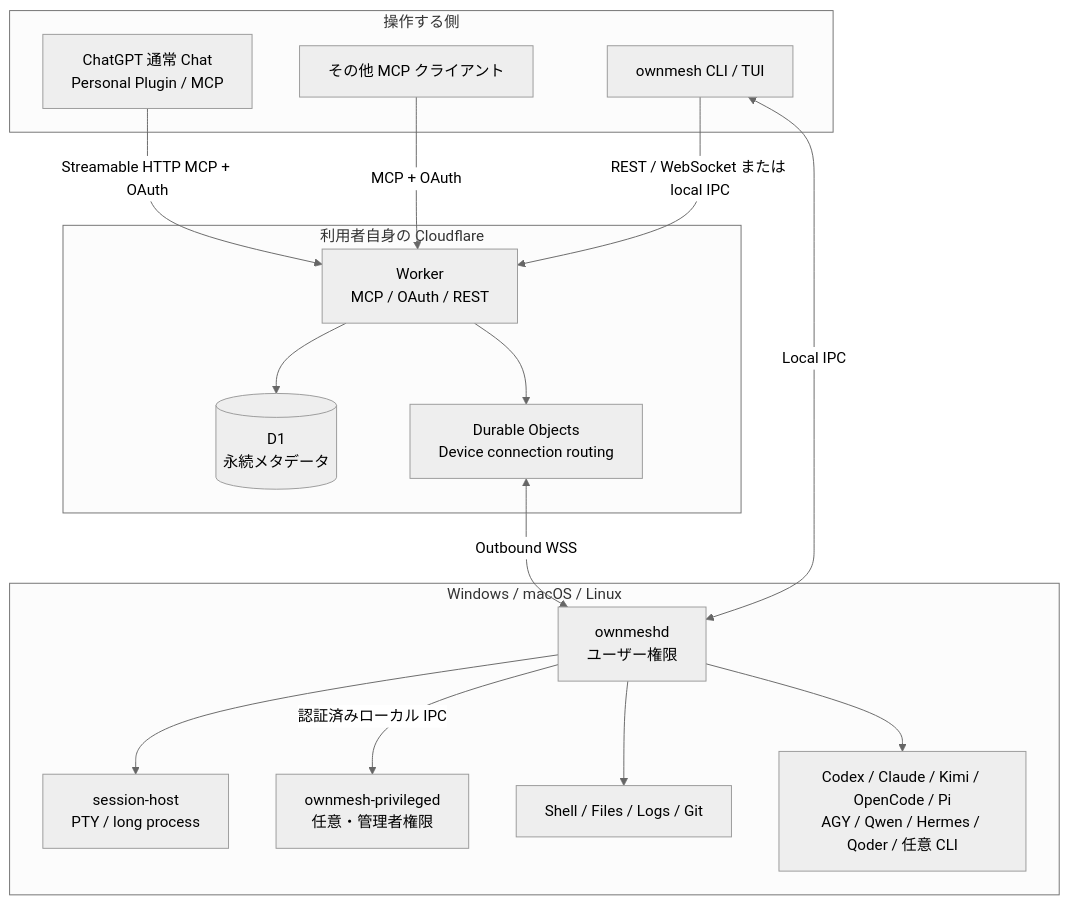
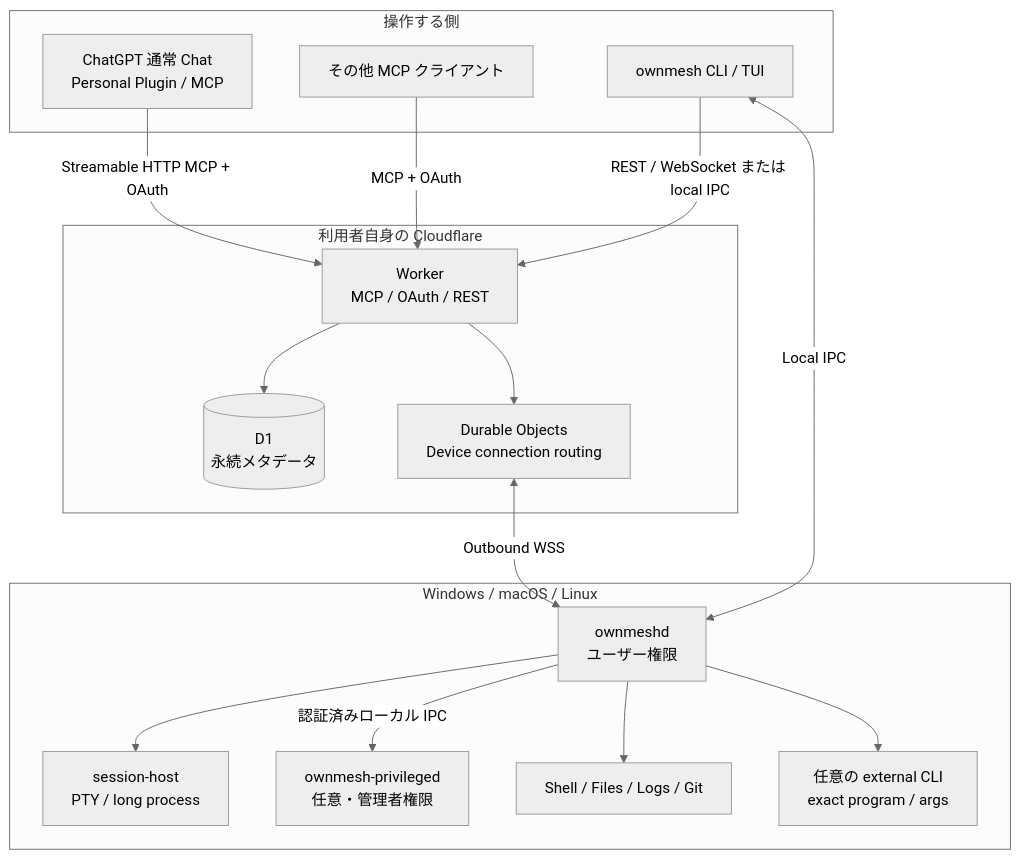
Before and after one commit to Aero123421/OwnMesh: the first of 2 diagrams in OWNMESH_SPECIFICATION.ja.md, drawn with Mermaid (neutral theme). The commit also changed other lines of this file and 100 other files, not shown here.

````diff
--- a/OWNMESH_SPECIFICATION.ja.md
+++ b/OWNMESH_SPECIFICATION.ja.md
@@ -137,34 +137,34 @@
 ```mermaid
 flowchart TB
     subgraph Clients[操作する側]
         ChatGPT[ChatGPT 通常 Chat\nPersonal Plugin / MCP]
         MCP[その他 MCP クライアント]
         TUI[ownmesh CLI / TUI]
     end
 
     subgraph CF[利用者自身の Cloudflare]
         Worker[Worker\nMCP / OAuth / REST]
         D1[(D1\n永続メタデータ)]
         DO[Durable Objects\nDevice connection routing]
     end
 
     subgraph DeviceA[Windows / macOS / Linux]
         Daemon[ownmeshd\nユーザー権限]
         Host[session-host\nPTY / long process]
         Priv[ownmesh-privileged\n任意・管理者権限]
         Runtime[Shell / Files / Logs / Git]
-        CLIs[Codex / Claude / Kimi / OpenCode / Pi\nAGY / Qwen / Hermes / Qoder / 任意 CLI]
+        CLIs[任意の external CLI\nexact program / args]
     end
 
     ChatGPT -->|Streamable HTTP MCP + OAuth| Worker
     MCP -->|MCP + OAuth| Worker
     TUI -->|REST / WebSocket または local IPC| Worker
     Worker --> D1
     Worker --> DO
     DO <-->|Outbound WSS| Daemon
     TUI <-->|Local IPC| Daemon
     Daemon --> Host
     Daemon --> Runtime
     Daemon --> CLIs
     Daemon -->|認証済みローカル IPC| Priv
 ```
````
